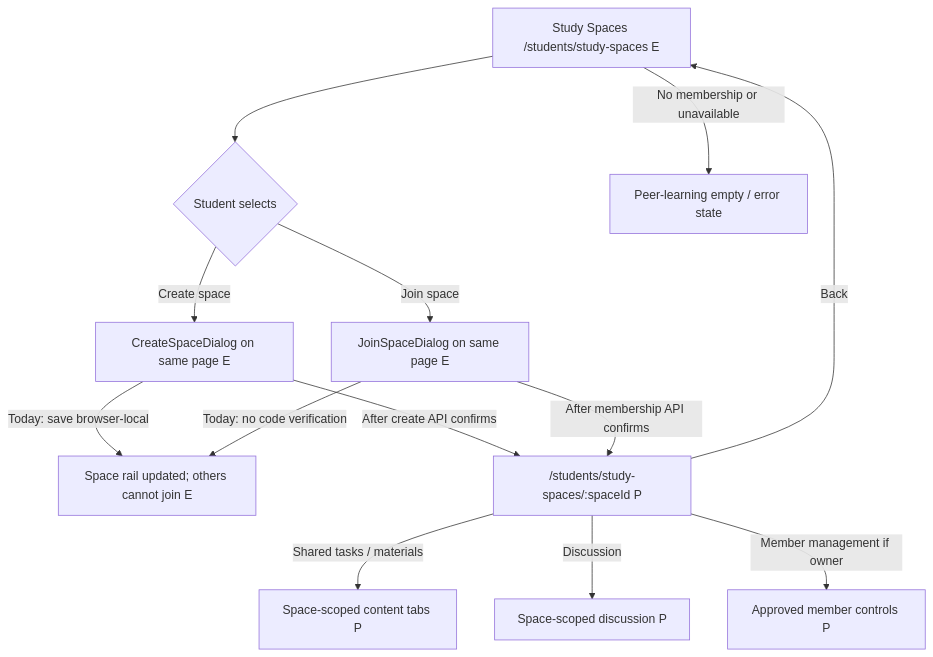
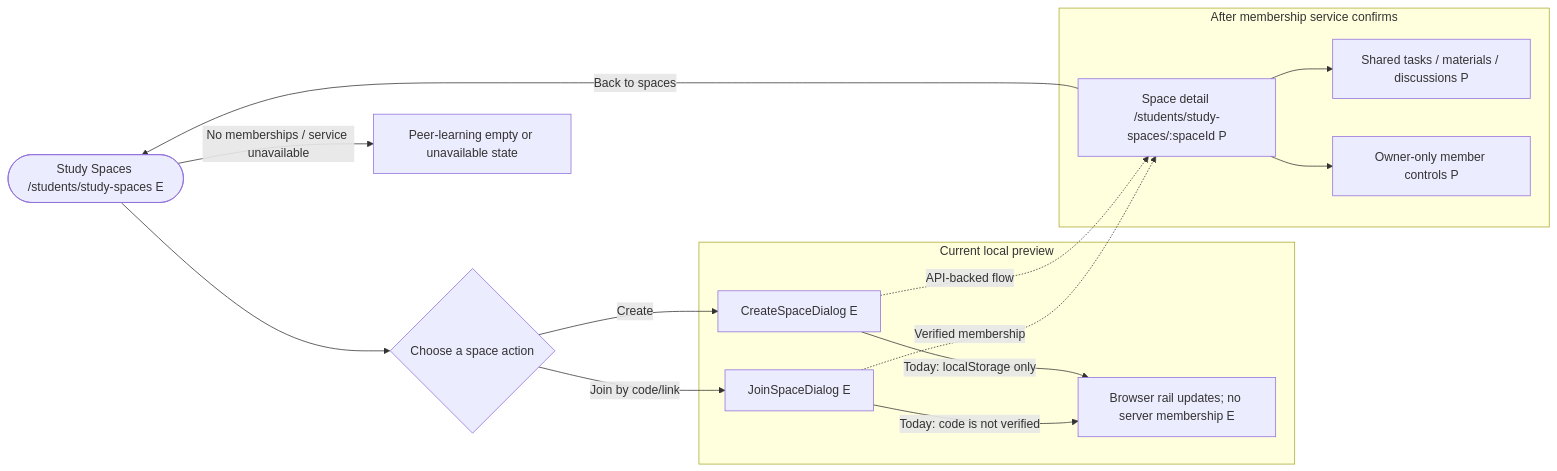
One commit to devCarlJoseph/owlio-app changed the fifth of 14 diagrams in OWLIO_STUDENT_SIDEBAR_WORKFLOW_PLAN.md. Above: the diagram before and after it, drawn with Mermaid. The commit also changed other lines of this file and 1 other file, not shown here.

Commit message:
docs(workflows): render sidebar flows as grouped Mermaid diagrams

````diff
--- a/OWLIO_STUDENT_SIDEBAR_WORKFLOW_PLAN.md
+++ b/OWLIO_STUDENT_SIDEBAR_WORKFLOW_PLAN.md
@@ -392,15 +434,24 @@
 ```mermaid
-flowchart TD
-  SS["Study Spaces /students/study-spaces E"] --> ACT{"Student selects"}
-  ACT -->|"Create space"| CR["CreateSpaceDialog on same page E"]
-  ACT -->|"Join space"| JR["JoinSpaceDialog on same page E"]
-  CR -->|"Today: save browser-local"| LOCAL["Space rail updated; others cannot join E"]
-  JR -->|"Today: no code verification"| LOCAL
-  CR -->|"After create API confirms"| DETAIL["/students/study-spaces/:spaceId P"]
-  JR -->|"After membership API confirms"| DETAIL
-  DETAIL -->|"Shared tasks / materials"| PEER["Space-scoped content tabs P"]
-  DETAIL -->|"Discussion"| THREAD["Space-scoped discussion P"]
-  DETAIL -->|"Member management if owner"| MEMBERS["Approved member controls P"]
-  DETAIL -->|"Back"| SS
-  SS -->|"No membership or unavailable"| EMPTY["Peer-learning empty / error state"]
+flowchart LR
+  SS(["Study Spaces /students/study-spaces E"]) --> CH{"Choose a space action"}
+  subgraph CURRENT["Current local preview"]
+    CREATE["CreateSpaceDialog E"]
+    JOIN["JoinSpaceDialog E"]
+    LOCAL["Browser rail updates; no server membership E"]
+  end
+  CH -->|"Create"| CREATE
+  CH -->|"Join by code/link"| JOIN
+  CREATE -->|"Today: localStorage only"| LOCAL
+  JOIN -->|"Today: code is not verified"| LOCAL
+  subgraph FUTURE["After membership service confirms"]
+    DETAIL["Space detail /students/study-spaces/:spaceId P"]
+    CONTENT["Shared tasks / materials / discussions P"]
+    MEMBERS["Owner-only member controls P"]
+    DETAIL --> CONTENT
+    DETAIL --> MEMBERS
+  end
+  CREATE -.->|"API-backed flow"| DETAIL
+  JOIN -.->|"Verified membership"| DETAIL
+  DETAIL -->|"Back to spaces"| SS
+  SS -->|"No memberships / service unavailable"| EMPTY["Peer-learning empty or unavailable state"]
 ```
````
